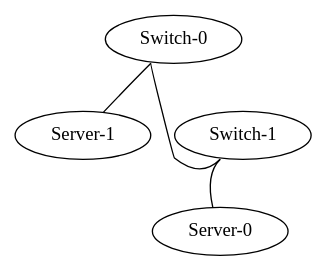
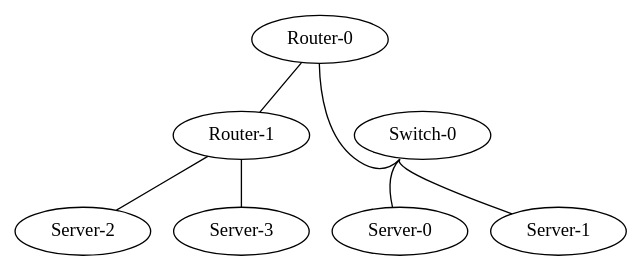
The diagram in TopologyGen/TopologyInfo/topology.dot (matferronato/TopologyGen), drawn with Graphviz before and after one commit. The commit also changed 4159 other files, not shown here.

```diff
--- a/TopologyGen/TopologyInfo/topology.dot
+++ b/TopologyGen/TopologyInfo/topology.dot
@@ -1,9 +1,15 @@
 graph vx {
+"Router-0" [function="leaf" vagrant="eth1" os="hashicorp/bionic64" version="1.0.282" memory="500" config="./helper_scripts/config_production_switch.sh" ]
+"Router-1" [function="leaf" vagrant="eth1" os="hashicorp/bionic64" version="1.0.282" memory="500" config="./helper_scripts/config_production_switch.sh" ]
 "Server-0" [function="leaf" vagrant="eth1" os="hashicorp/bionic64" version="1.0.282" memory="500" config="./helper_scripts/config_production_switch.sh" ]
 "Server-1" [function="leaf" vagrant="eth1" os="hashicorp/bionic64" version="1.0.282" memory="500" config="./helper_scripts/config_production_switch.sh" ]
+"Server-2" [function="leaf" vagrant="eth1" os="hashicorp/bionic64" version="1.0.282" memory="500" config="./helper_scripts/config_production_switch.sh" ]
+"Server-3" [function="leaf" vagrant="eth1" os="hashicorp/bionic64" version="1.0.282" memory="500" config="./helper_scripts/config_production_switch.sh" ]
 "Switch-0" [function="leaf" vagrant="eth1" os="hashicorp/bionic64" version="1.0.282" memory="500" config="./helper_scripts/config_production_switch.sh" ]
-"Switch-1" [function="leaf" vagrant="eth1" os="hashicorp/bionic64" version="1.0.282" memory="500" config="./helper_scripts/config_production_switch.sh" ]
-"Switch-1":"swp1" -- "Server-0":"eth50"
-"Switch-0":"swp1" -- "Server-1":"eth50"
-"Switch-0":"swp50" -- "Switch-1":"swp50"
+"Switch-0":"swp1" -- "Server-0":"eth50"
+"Switch-0":"swp2" -- "Server-1":"eth50"
+"Router-0":"eth50" -- "Switch-0":"swp100"
+"Router-1":"eth1" -- "Server-2":"eth100"
+"Router-0":"eth100" -- "Router-1":"eth100"
+"Router-1":"eth2" -- "Server-3":"eth100"
 }
```
